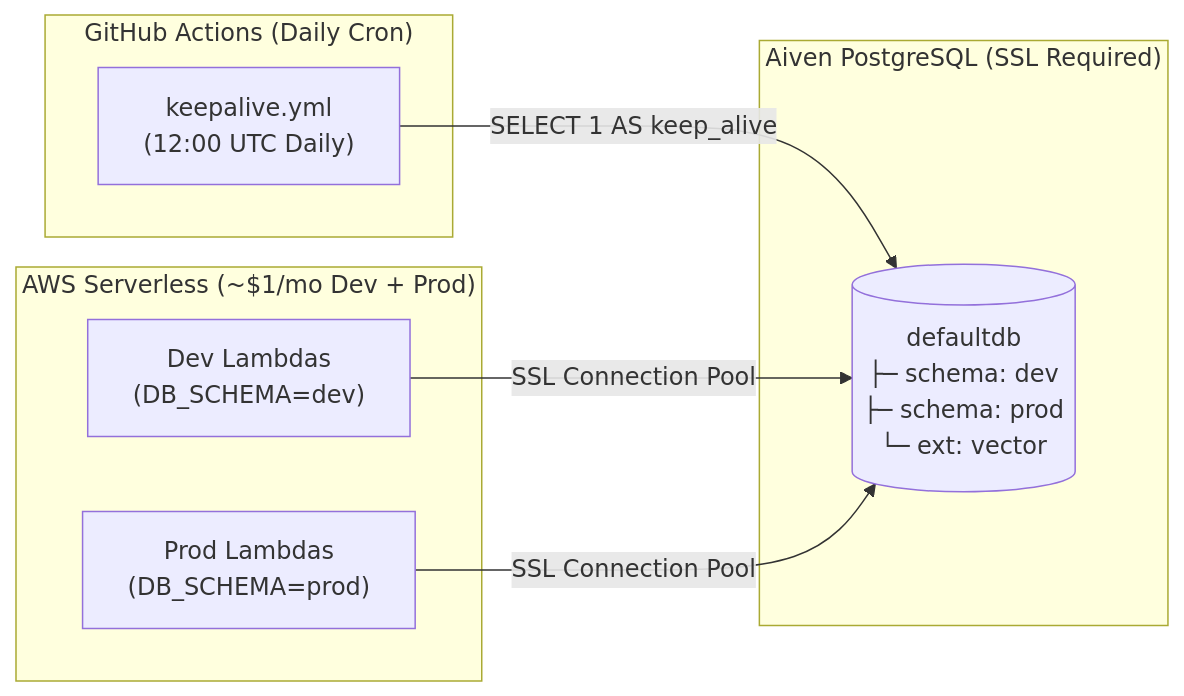
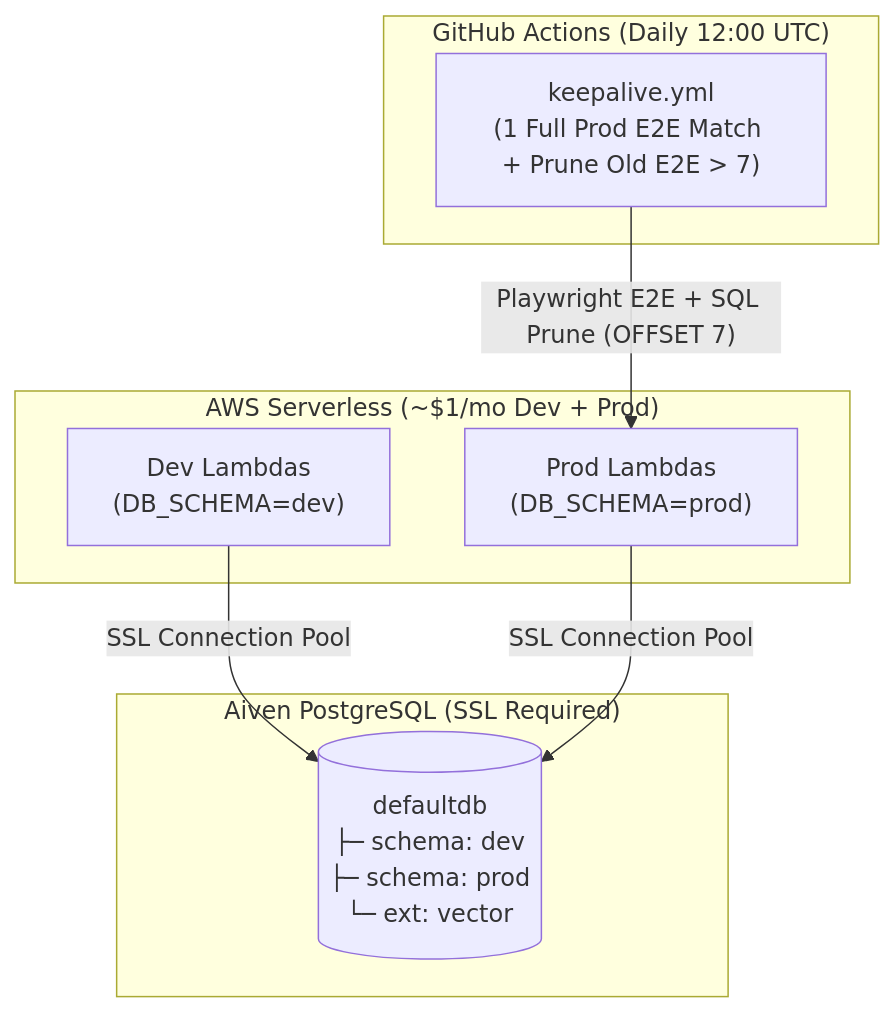
The diagram in docs/aiven.md (venkatesh-singamsetty/cricscore), drawn with Mermaid before and after one commit. The commit also changed other lines of this file and 43 other files, not shown here.

First line of the commit message:
docs & ci(keepalive): mobile-first docs overhaul, one-by-one guide index & daily prod E2E keep-alive (#338)

````diff
--- a/docs/aiven.md
+++ b/docs/aiven.md
@@ -9,19 +9,19 @@
 ```mermaid
-flowchart LR
-    subgraph GitHub["GitHub Actions (Daily Cron)"]
-        KA["keepalive.yml\n(12:00 UTC Daily)"]
+flowchart TD
+    subgraph GitHub["GitHub Actions (Daily 12:00 UTC)"]
+        KA["keepalive.yml\n(1 Full Prod E2E Match + Prune Old E2E > 7)"]
     end
 
     subgraph AWS["AWS Serverless (~$1/mo Dev + Prod)"]
         DevL["Dev Lambdas\n(DB_SCHEMA=dev)"]
         ProdL["Prod Lambdas\n(DB_SCHEMA=prod)"]
     end
 
     subgraph Aiven["Aiven PostgreSQL (SSL Required)"]
         PG[("defaultdb\n├─ schema: dev\n├─ schema: prod\n└─ ext: vector")]
     end
 
-    KA -->|"SELECT 1 AS keep_alive"| PG
+    KA -->|"Playwright E2E + SQL Prune (OFFSET 7)"| ProdL
     DevL -->|"SSL Connection Pool"| PG
     ProdL -->|"SSL Connection Pool"| PG
 ```
````
